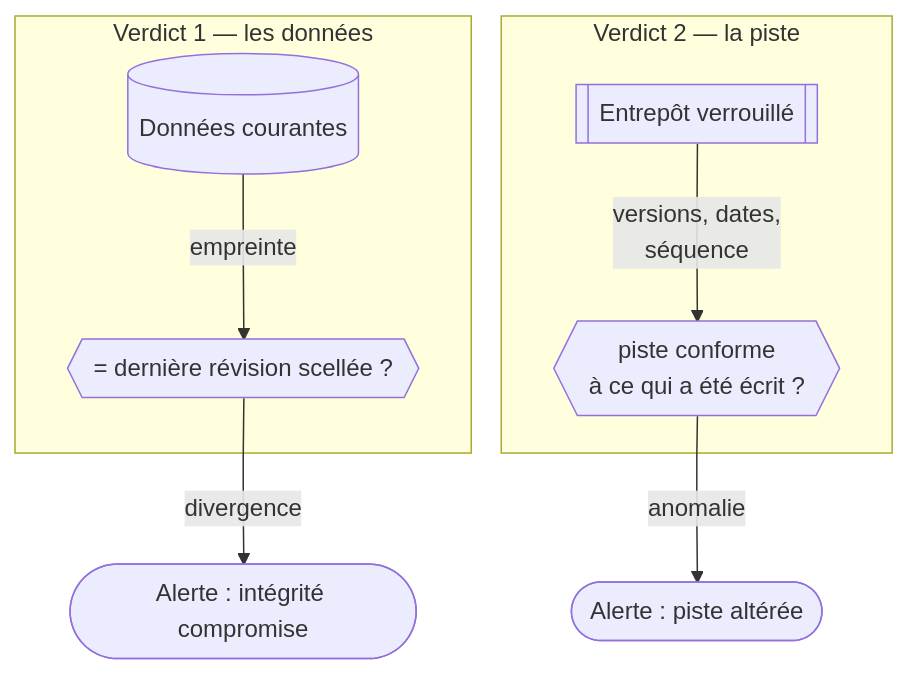
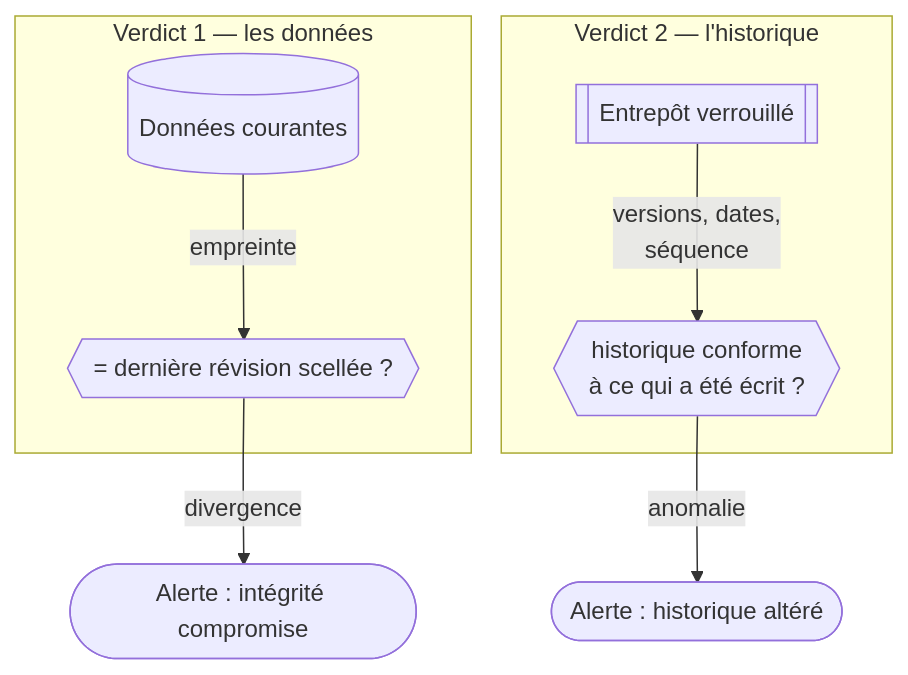
Before and after one commit to data-fair/data-fair: the diagram in docs/presentation-integrite-fr/02-garanties.md, drawn with Mermaid. The commit also changed other lines of this file and 10 other files, not shown here.

First line of the commit message:
docs(integrity): terminologie fr — historique de revisions plutot que piste

````diff
--- a/docs/presentation-integrite-fr/02-garanties.md
+++ b/docs/presentation-integrite-fr/02-garanties.md
@@ -21,11 +21,11 @@
 ```mermaid
 flowchart TB
     subgraph V1["Verdict 1 — les données"]
         D[("Données courantes")] -->|"empreinte"| C1{{"= dernière révision scellée ?"}}
     end
-    subgraph V2["Verdict 2 — la piste"]
-        W[["Entrepôt verrouillé"]] -->|"versions, dates,<br/>séquence"| C2{{"piste conforme<br/>à ce qui a été écrit ?"}}
+    subgraph V2["Verdict 2 — l'historique"]
+        W[["Entrepôt verrouillé"]] -->|"versions, dates,<br/>séquence"| C2{{"historique conforme<br/>à ce qui a été écrit ?"}}
     end
     C1 -->|"divergence"| B1(["Alerte : intégrité compromise"])
-    C2 -->|"anomalie"| B2(["Alerte : piste altérée"])
+    C2 -->|"anomalie"| B2(["Alerte : historique altéré"])
 ```
````
